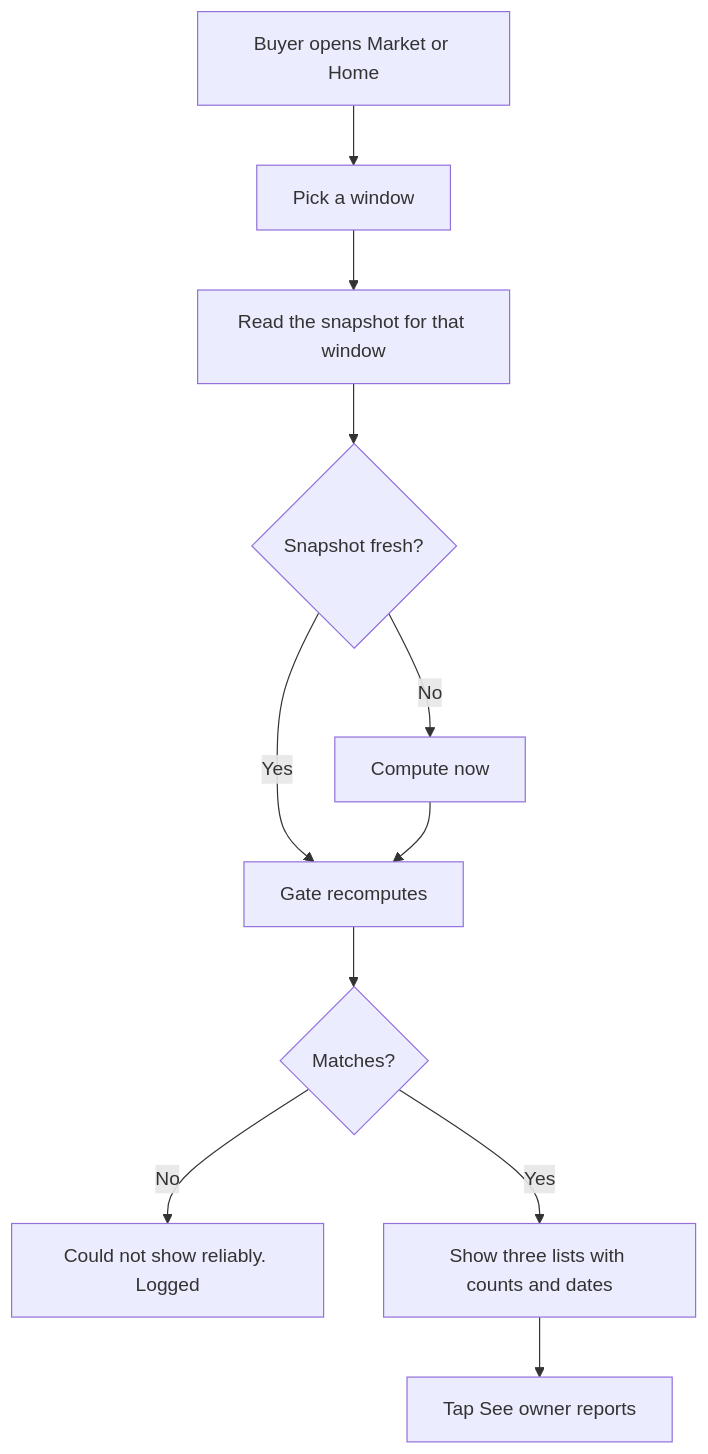
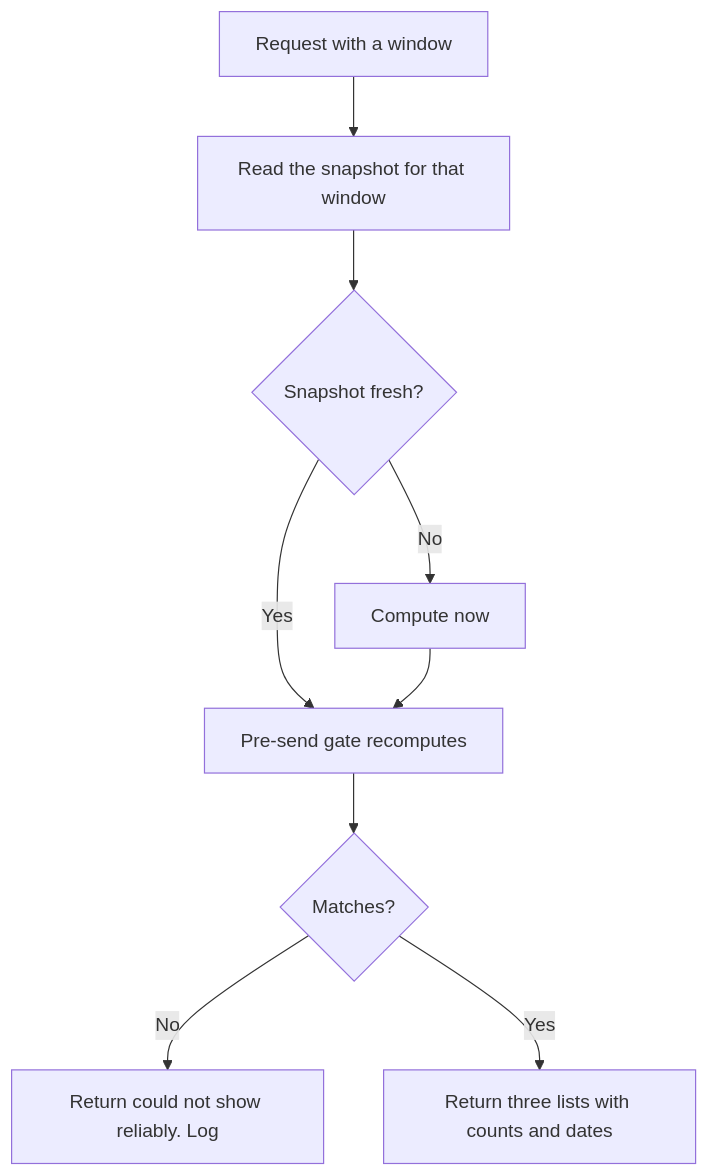
One commit to Atharvojha/AIforPMCapstoneProject_Team11 changed the diagram in lapfit-project/ai-spec/specs/F07_market_pulse.md. Above: the diagram before and after it, drawn with Mermaid. The commit also changed other lines of this file and 46 other files, not shown here.

````diff
--- a/lapfit-project/ai-spec/specs/F07_market_pulse.md
+++ b/lapfit-project/ai-spec/specs/F07_market_pulse.md
@@ -47,13 +49,11 @@
 ```mermaid
 flowchart TD
-  A[Buyer opens Market or Home] --> B[Pick a window]
-  B --> C[Read the snapshot for that window]
-  C --> D{Snapshot fresh?}
-  D -->|No| E[Compute now]
-  D -->|Yes| F[Gate recomputes]
-  E --> F
-  F --> G{Matches?}
-  G -->|No| H[Could not show reliably. Logged]
-  G -->|Yes| I[Show three lists with counts and dates]
-  I --> J[Tap See owner reports]
+  A[Request with a window] --> B[Read the snapshot for that window]
+  B --> C{Snapshot fresh?}
+  C -->|No| D[Compute now]
+  C -->|Yes| E[Pre-send gate recomputes]
+  D --> E
+  E --> F{Matches?}
+  F -->|No| G[Return could not show reliably. Log]
+  F -->|Yes| H[Return three lists with counts and dates]
 ```
````
